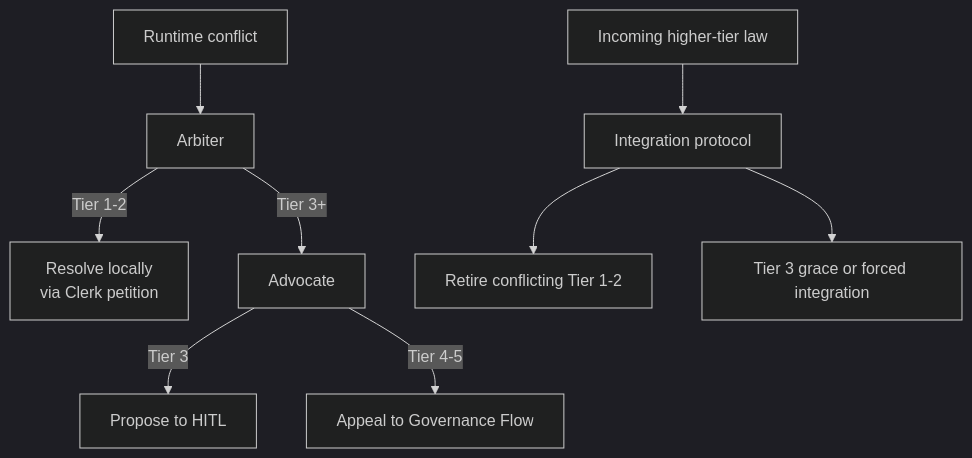
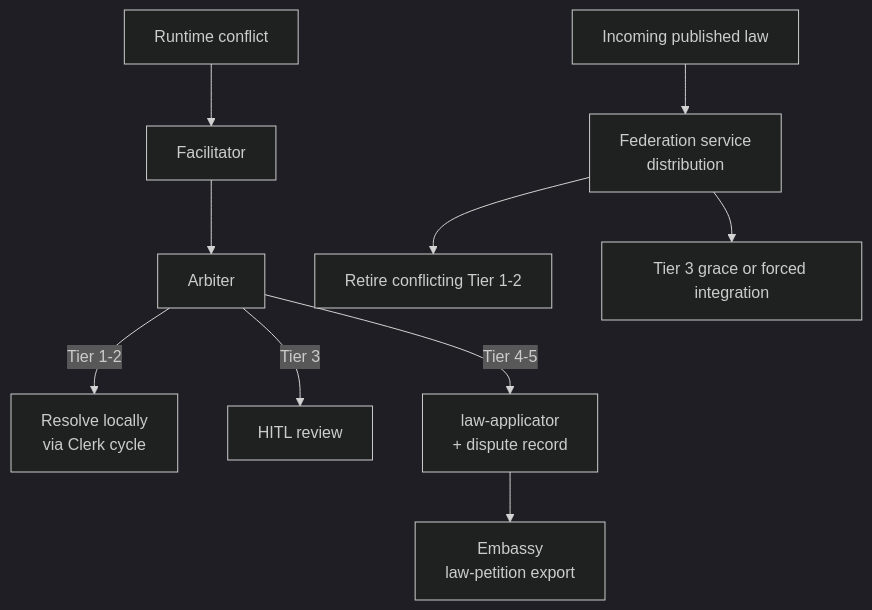
One commit to really-knows-ai/gideas changed the third of 3 diagrams in specs/02-flow/06-cross-flow.md. Above: the diagram before and after it, drawn with Mermaid (dark theme). The commit also changed other lines of this file and 28 other files, not shown here.

First line of the commit message:
docs: rewrite Phase 10 specs for Embassy and Federation

````diff
--- a/specs/02-flow/06-cross-flow.md
+++ b/specs/02-flow/06-cross-flow.md
@@ -176,12 +173,13 @@
 ```mermaid
 flowchart TD
-    RT["Runtime conflict"] --> ARB["Arbiter"]
-    ARB -->|"Tier 1-2"| RS["Resolve locally<br/>via Clerk petition"]
-    ARB -->|"Tier 3+"| ADV["Advocate"]
-    ADV -->|"Tier 3"| PR["Propose to HITL"]
-    ADV -->|"Tier 4-5"| AP["Appeal to Governance Flow"]
+    RT["Runtime conflict"] --> FAC["Facilitator"]
+    FAC --> ARB["Arbiter"]
+    ARB -->|"Tier 1-2"| RS["Resolve locally<br/>via Clerk cycle"]
+    ARB -->|"Tier 3"| HITL["HITL review"]
+    ARB -->|"Tier 4-5"| LA["law-applicator<br/>+ dispute record"]
+    LA --> EMB["Embassy<br/>law-petition export"]
 
-    LI["Incoming higher-tier law"] --> IP["Integration protocol"]
+    LI["Incoming published law"] --> IP["Federation service<br/>distribution"]
     IP --> T12["Retire conflicting Tier 1-2"]
     IP --> T3["Tier 3 grace or forced integration"]
 ```
````
